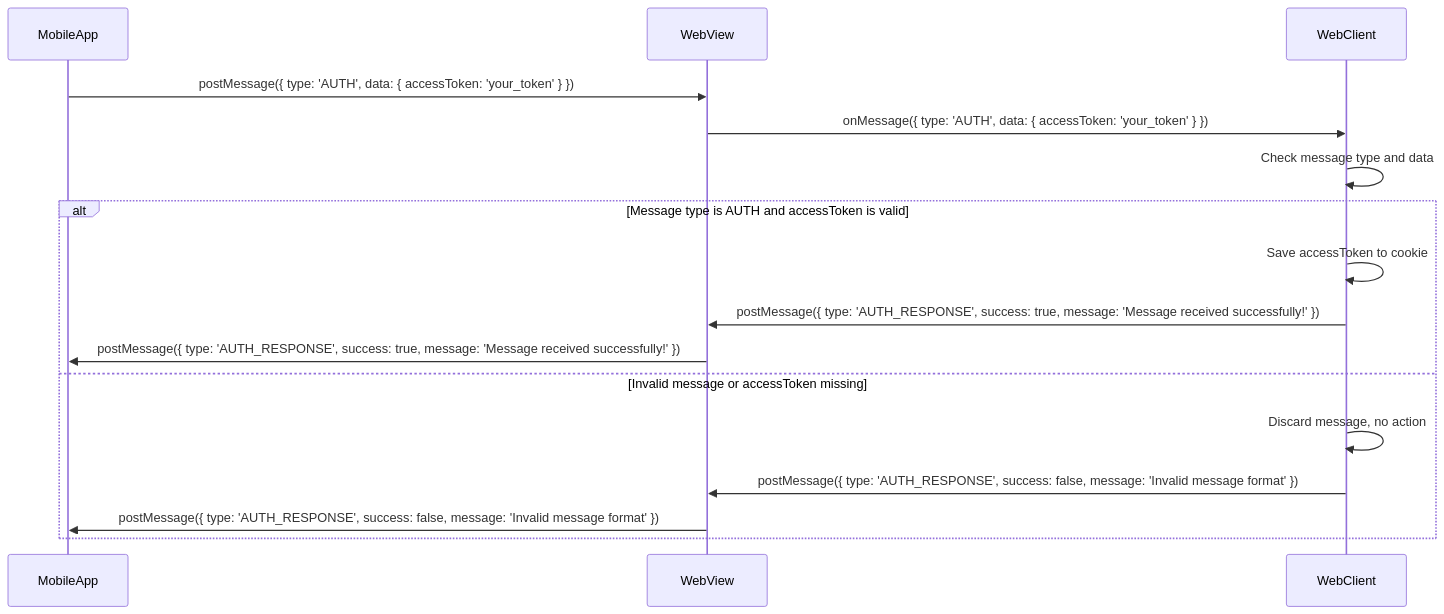
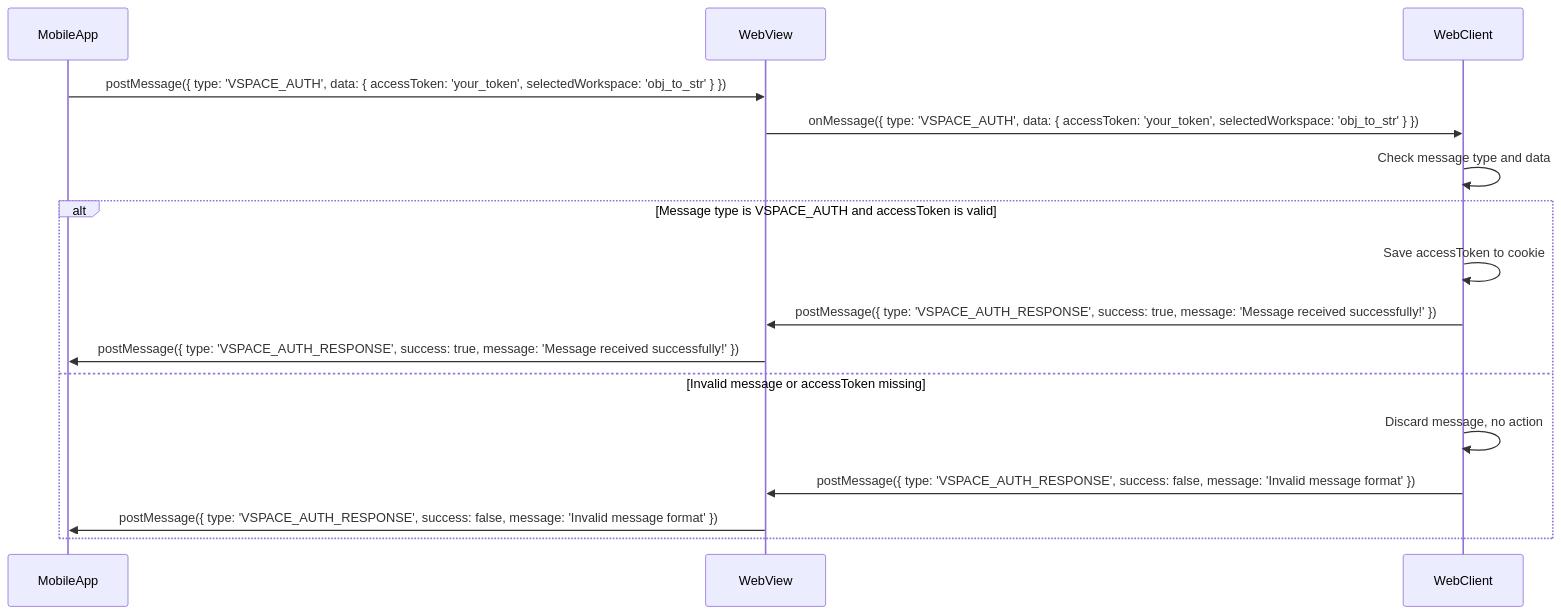
Before and after one commit to risqiromadhoni/vspace-app: the diagram in README.md, drawn with Mermaid. The commit also changed other lines of this file and 1 other file, not shown here.

````diff
--- a/README.md
+++ b/README.md
@@ -14,20 +14,20 @@
 ```mermaid
 sequenceDiagram
    participant MobileApp
    participant WebView
    participant WebClient
    
-   MobileApp->>WebView: postMessage({ type: 'AUTH', data: { accessToken: 'your_token' } })
-   WebView->>WebClient: onMessage({ type: 'AUTH', data: { accessToken: 'your_token' } })
+   MobileApp->>WebView: postMessage({ type: 'VSPACE_AUTH', data: { accessToken: 'your_token', selectedWorkspace: 'obj_to_str' } })
+   WebView->>WebClient: onMessage({ type: 'VSPACE_AUTH', data: { accessToken: 'your_token', selectedWorkspace: 'obj_to_str' } })
    
    WebClient->>WebClient: Check message type and data
-   alt Message type is AUTH and accessToken is valid
+   alt Message type is VSPACE_AUTH and accessToken is valid
       WebClient->>WebClient: Save accessToken to cookie
-      WebClient->>WebView: postMessage({ type: 'AUTH_RESPONSE', success: true, message: 'Message received successfully!' })
-      WebView->>MobileApp: postMessage({ type: 'AUTH_RESPONSE', success: true, message: 'Message received successfully!' })
+      WebClient->>WebView: postMessage({ type: 'VSPACE_AUTH_RESPONSE', success: true, message: 'Message received successfully!' })
+      WebView->>MobileApp: postMessage({ type: 'VSPACE_AUTH_RESPONSE', success: true, message: 'Message received successfully!' })
    else Invalid message or accessToken missing
       WebClient->>WebClient: Discard message, no action
-      WebClient->>WebView: postMessage({ type: 'AUTH_RESPONSE', success: false, message: 'Invalid message format' })
-      WebView->>MobileApp: postMessage({ type: 'AUTH_RESPONSE', success: false, message: 'Invalid message format' })
+      WebClient->>WebView: postMessage({ type: 'VSPACE_AUTH_RESPONSE', success: false, message: 'Invalid message format' })
+      WebView->>MobileApp: postMessage({ type: 'VSPACE_AUTH_RESPONSE', success: false, message: 'Invalid message format' })
    end
 ```
````
